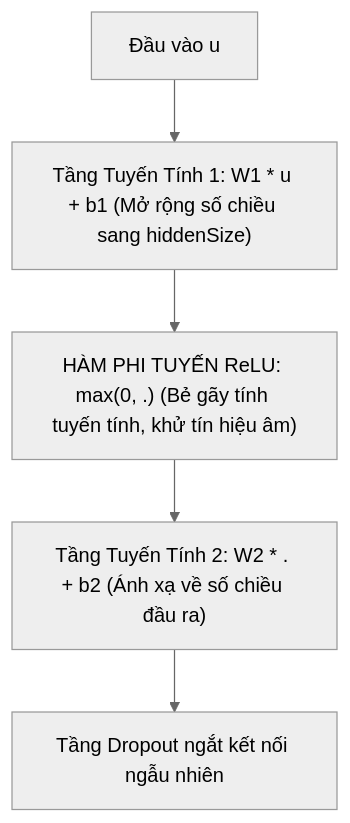
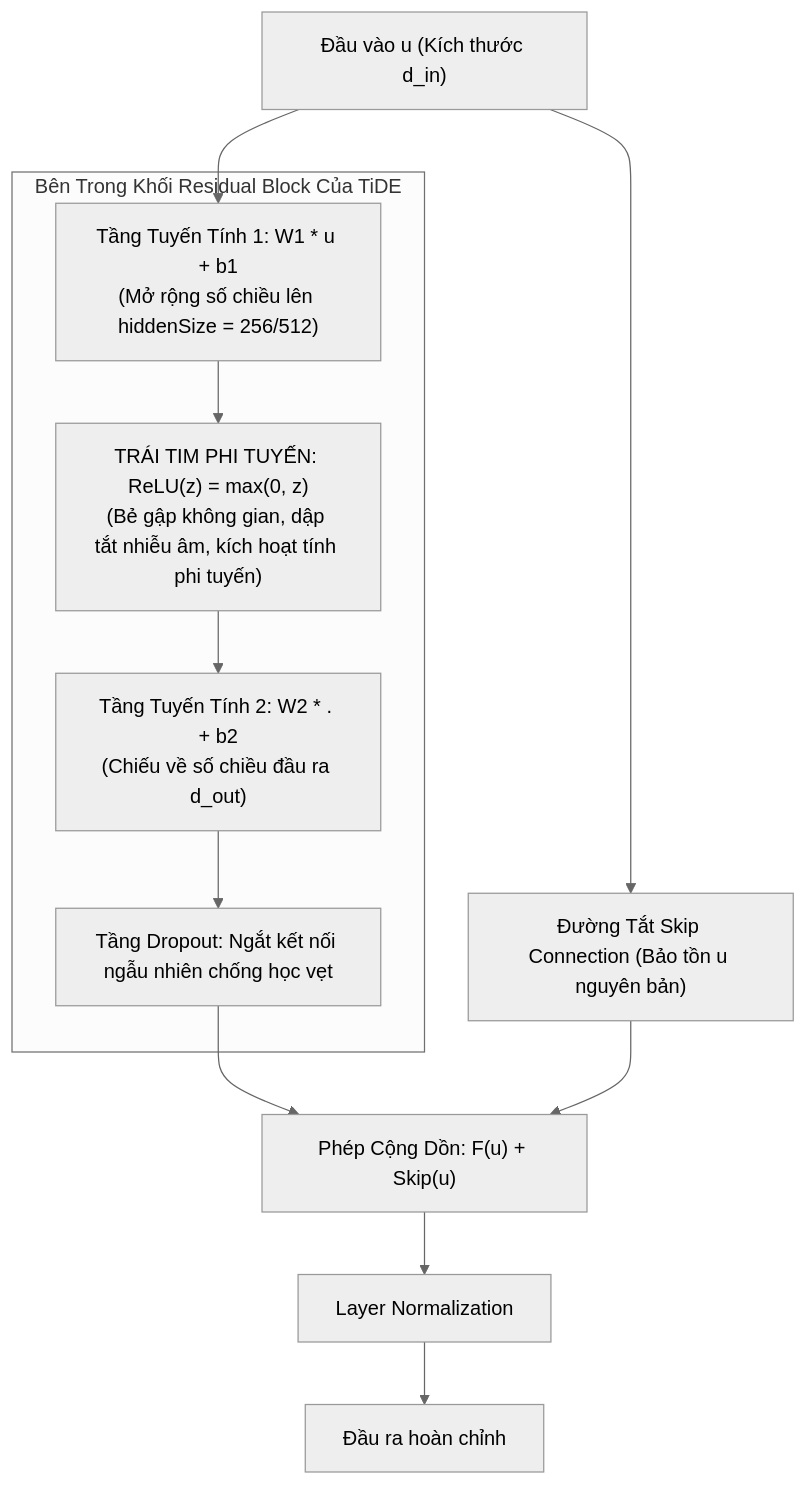
Before and after one commit to snowflake-vibing/Project-Experimental-TiDE: the fifth of 5 diagrams in doc/glossary/relu.md, drawn with Mermaid (neutral theme). The commit also changed other lines of this file, not shown here.

````diff
--- a/doc/glossary/relu.md
+++ b/doc/glossary/relu.md
@@ -129,10 +178,23 @@
 ```mermaid
 flowchart TD
-    In["Đầu vào u"]
-    L1["Tầng Tuyến Tính 1: W1 * u + b1 (Mở rộng số chiều sang hiddenSize)"]
-    Act["HÀM PHI TUYẾN ReLU: max(0, .) (Bẻ gãy tính tuyến tính, khử tín hiệu âm)"]
-    L2["Tầng Tuyến Tính 2: W2 * . + b2 (Ánh xạ về số chiều đầu ra)"]
-    Drop["Tầng Dropout ngắt kết nối ngẫu nhiên"]
+    In["Đầu vào u (Kích thước d_in)"]
     
-    In --> L1 --> Act --> L2 --> Drop
+    subgraph ResBlock ["Bên Trong Khối Residual Block Của TiDE"]
+        L1["Tầng Tuyến Tính 1: W1 * u + b1\n(Mở rộng số chiều lên hiddenSize = 256/512)"]
+        Act["TRÁI TIM PHI TUYẾN: ReLU(z) = max(0, z)\n(Bẻ gập không gian, dập tắt nhiễu âm, kích hoạt tính phi tuyến)"]
+        L2["Tầng Tuyến Tính 2: W2 * . + b2\n(Chiếu về số chiều đầu ra d_out)"]
+        Drop["Tầng Dropout: Ngắt kết nối ngẫu nhiên chống học vẹt"]
+        
+        L1 --> Act --> L2 --> Drop
+    end
+
+    Skip["Đường Tắt Skip Connection (Bảo tồn u nguyên bản)"]
+
+    In --> L1
+    In --> Skip
+    
+    Drop --> Add["Phép Cộng Dồn: F(u) + Skip(u)"]
+    Skip --> Add
+    Add --> Norm["Layer Normalization"]
+    Norm --> Out["Đầu ra hoàn chỉnh"]
 ```
````
